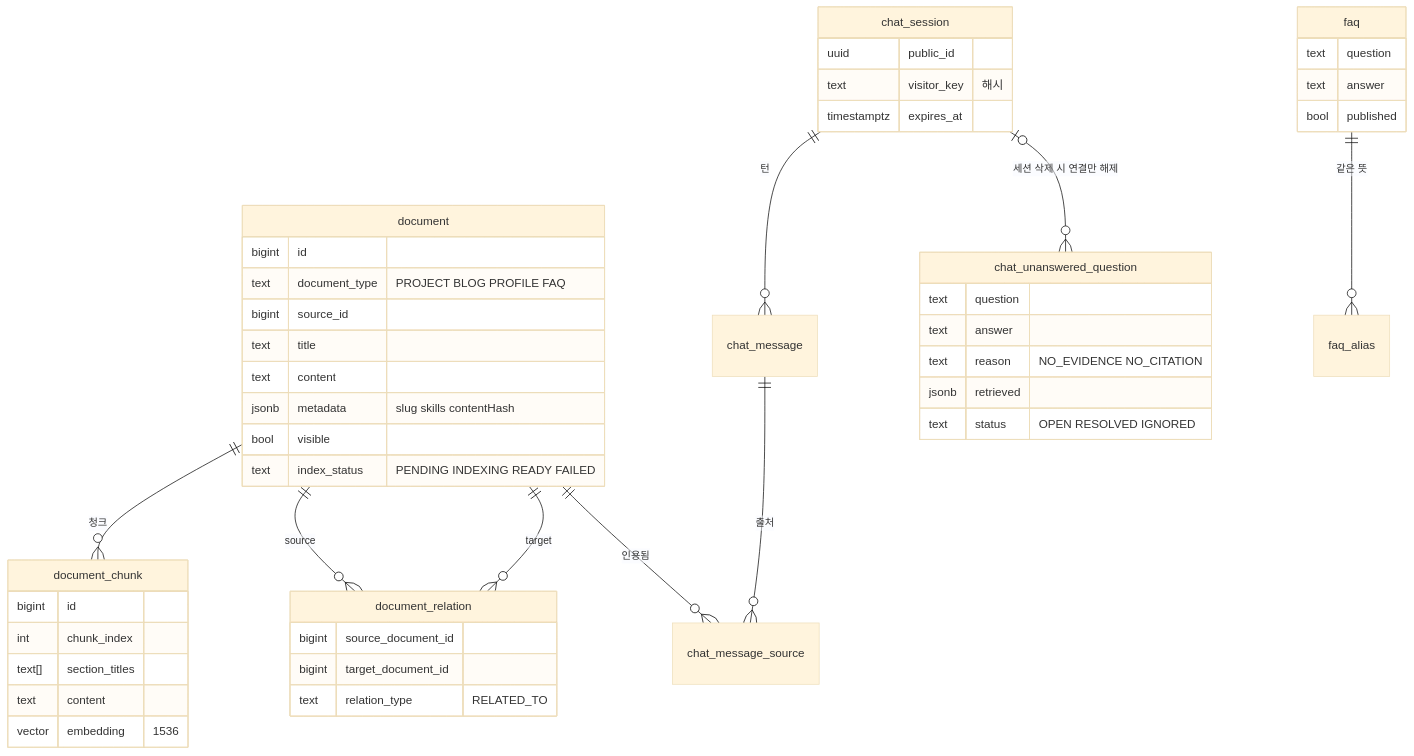
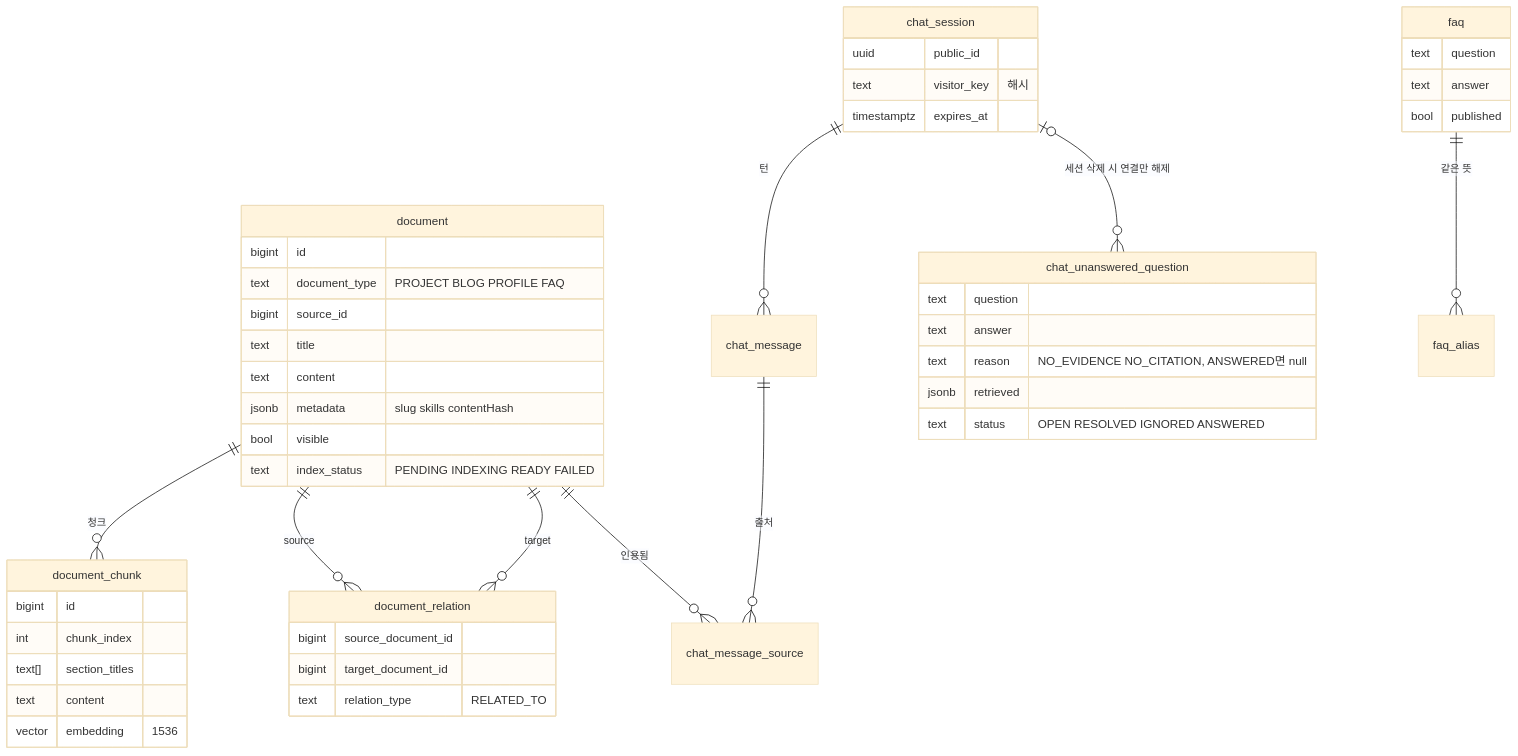
One commit to sonic0506/sonic-portfolio-ai-workspace changed diagram 11 of 12 in docs/02-design/RAG_ARCHITECTURE_OVERVIEW.md. Above: the diagram before and after it, drawn with Mermaid (base theme). The commit also changed other lines of this file, not shown here.

First line of the commit message:
docs(rag): refresh architecture overview to 2026-10-12 code

````diff
--- a/docs/02-design/RAG_ARCHITECTURE_OVERVIEW.md
+++ b/docs/02-design/RAG_ARCHITECTURE_OVERVIEW.md
@@ -602,51 +605,51 @@
 ```mermaid
 erDiagram
     document ||--o{ document_chunk : "청크"
     document ||--o{ document_relation : "source"
     document ||--o{ document_relation : "target"
     chat_session ||--o{ chat_message : "턴"
     chat_message ||--o{ chat_message_source : "출처"
     document ||--o{ chat_message_source : "인용됨"
     faq ||--o{ faq_alias : "같은 뜻"
     chat_session |o--o{ chat_unanswered_question : "세션 삭제 시 연결만 해제"
 
     document {
         bigint id
         text document_type "PROJECT BLOG PROFILE FAQ"
         bigint source_id
         text title
         text content
         jsonb metadata "slug skills contentHash"
         bool visible
         text index_status "PENDING INDEXING READY FAILED"
     }
     document_chunk {
         bigint id
         int chunk_index
         text[] section_titles
         text content
         vector embedding "1536"
     }
     document_relation {
         bigint source_document_id
         bigint target_document_id
         text relation_type "RELATED_TO"
     }
     chat_session {
         uuid public_id
         text visitor_key "해시"
         timestamptz expires_at
     }
     chat_unanswered_question {
         text question
         text answer
-        text reason "NO_EVIDENCE NO_CITATION"
+        text reason "NO_EVIDENCE NO_CITATION, ANSWERED면 null"
         jsonb retrieved
-        text status "OPEN RESOLVED IGNORED"
+        text status "OPEN RESOLVED IGNORED ANSWERED"
     }
     faq {
         text question
         text answer
         bool published
     }
 ```
````
